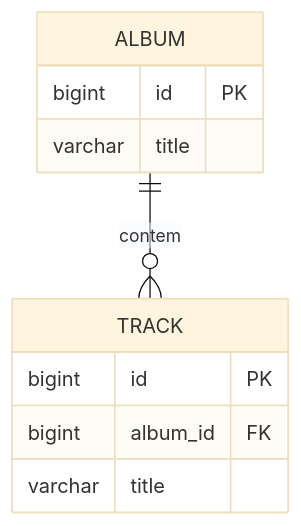
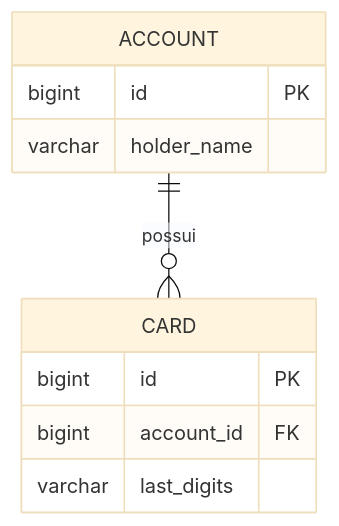
One commit to alancesar/design-patterns changed the diagram in docs/design/poeaa/object-relational-structural/foreign-key-mapping.md. Above: the diagram before and after it, drawn with Mermaid (base theme). The commit also changed other lines of this file and 95 other files, not shown here.

First line of the commit message:
Switch PoEAA examples and diagrams to fintech scenarios

````diff
--- a/docs/design/poeaa/object-relational-structural/foreign-key-mapping.md
+++ b/docs/design/poeaa/object-relational-structural/foreign-key-mapping.md
@@ -51,13 +51,13 @@
 ```mermaid
 erDiagram
-    ALBUM ||--o{ TRACK : contem
-    ALBUM {
+    ACCOUNT ||--o{ CARD : possui
+    ACCOUNT {
         bigint id PK
-        varchar title
+        varchar holder_name
     }
-    TRACK {
+    CARD {
         bigint id PK
-        bigint album_id FK
-        varchar title
+        bigint account_id FK
+        varchar last_digits
     }
 ```
````
